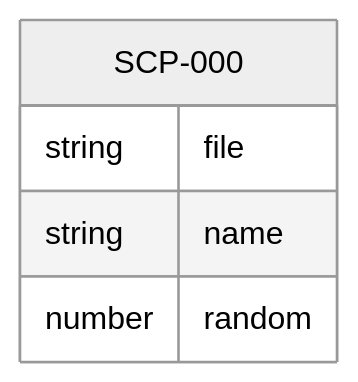
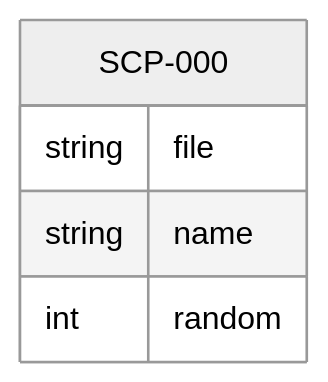
One commit to Sn4red/scp-collector changed the second of 2 diagrams in README.md. Above: the diagram before and after it, drawn with Mermaid (neutral theme).

Commit message:
Update README.md for a word change
The README.md has been updated for a word change in line 188.

````diff
--- a/README.md
+++ b/README.md
@@ -183,8 +183,8 @@
 ```mermaid
 erDiagram
     SCP-000 {
         string file
         string name
-        number random
+        int random
     }
 ```
````
